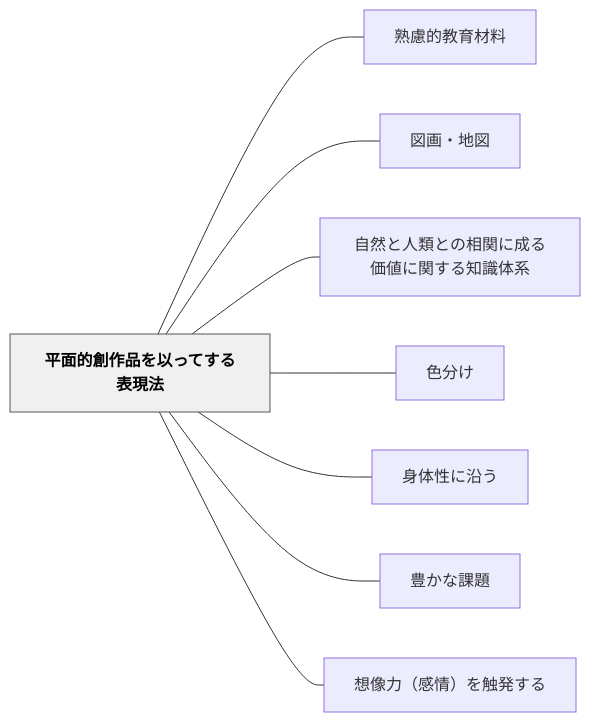
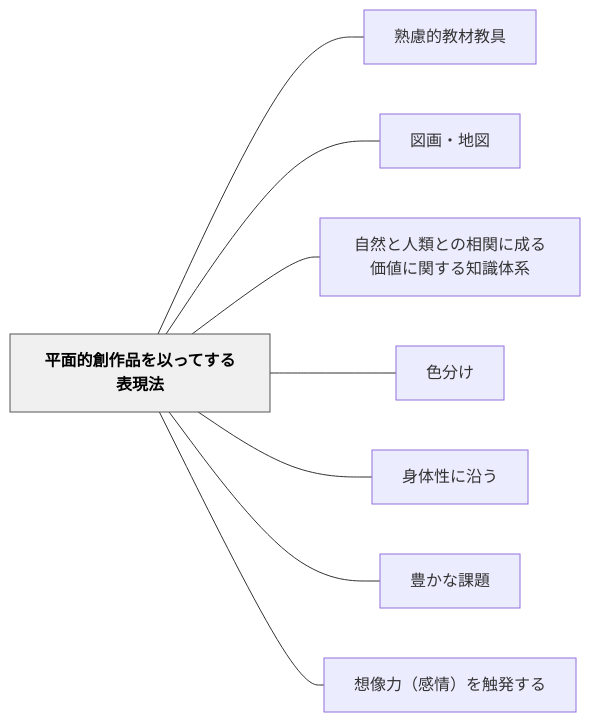
The diagram in content/パタン/平面的創作品を以ってする表現法.md (unknownthings-ed-patterns/unknownthings-ed-patterns), drawn with Mermaid before and after one commit. The commit also changed other lines of this file and 72 other files, not shown here.

````diff
--- a/content/パタン/平面的創作品を以ってする表現法.md
+++ b/content/パタン/平面的創作品を以ってする表現法.md
@@ -48,22 +48,22 @@
 ```mermaid
 flowchart LR
     ne5b9b3e99da2e79a84e589b5e4bd9ce59381e38292e4bba5e381a3e381a6e38199e3828be8a1a8e78fbee6b395["平面的創作品を以ってする表現法"]
-    ne7869fe685aee79a84e69599e882b2e69d90e69699["熟慮的教育材料"]
+    ne7869fe685aee79a84e69599e69d90e69599e585b7["熟慮的教材教具"]
     ne59bb3e794bbe383bbe59cb0e59bb3["図画・地図"]
     ne887aae784b6e381a8e4babae9a19ee381a8e381aee79bb8e996a2e381abe68890e3828be4bea1e580a4e381abe996a2e38199e3828be79fa5e8ad98e4bd93e7b3bb["自然と人類との相関に成る価値に関する知識体系"]
     ne889b2e58886e38191["色分け"]
     ne8baabe4bd93e680a7e381abe6b2bfe38186["身体性に沿う"]
     ne8b18ae3818be381aae8aab2e9a18c["豊かな課題"]
     ne683b3e5838fe58a9befbc88e6849fe68385efbc89e38292e8a7a6e799bae38199e3828b["想像力（感情）を触発する"]
 
-    ne5b9b3e99da2e79a84e589b5e4bd9ce59381e38292e4bba5e381a3e381a6e38199e3828be8a1a8e78fbee6b395 --- ne7869fe685aee79a84e69599e882b2e69d90e69699
+    ne5b9b3e99da2e79a84e589b5e4bd9ce59381e38292e4bba5e381a3e381a6e38199e3828be8a1a8e78fbee6b395 --- ne7869fe685aee79a84e69599e69d90e69599e585b7
     ne5b9b3e99da2e79a84e589b5e4bd9ce59381e38292e4bba5e381a3e381a6e38199e3828be8a1a8e78fbee6b395 --- ne59bb3e794bbe383bbe59cb0e59bb3
     ne5b9b3e99da2e79a84e589b5e4bd9ce59381e38292e4bba5e381a3e381a6e38199e3828be8a1a8e78fbee6b395 --- ne887aae784b6e381a8e4babae9a19ee381a8e381aee79bb8e996a2e381abe68890e3828be4bea1e580a4e381abe996a2e38199e3828be79fa5e8ad98e4bd93e7b3bb
     ne5b9b3e99da2e79a84e589b5e4bd9ce59381e38292e4bba5e381a3e381a6e38199e3828be8a1a8e78fbee6b395 --- ne889b2e58886e38191
     ne5b9b3e99da2e79a84e589b5e4bd9ce59381e38292e4bba5e381a3e381a6e38199e3828be8a1a8e78fbee6b395 --- ne8baabe4bd93e680a7e381abe6b2bfe38186
     ne5b9b3e99da2e79a84e589b5e4bd9ce59381e38292e4bba5e381a3e381a6e38199e3828be8a1a8e78fbee6b395 --- ne8b18ae3818be381aae8aab2e9a18c
     ne5b9b3e99da2e79a84e589b5e4bd9ce59381e38292e4bba5e381a3e381a6e38199e3828be8a1a8e78fbee6b395 --- ne683b3e5838fe58a9befbc88e6849fe68385efbc89e38292e8a7a6e799bae38199e3828b
 
     classDef hub fill:#f0f0f0,stroke:#555,color:#000,font-weight:bold
     class ne5b9b3e99da2e79a84e589b5e4bd9ce59381e38292e4bba5e381a3e381a6e38199e3828be8a1a8e78fbee6b395 hub
 ```
````
